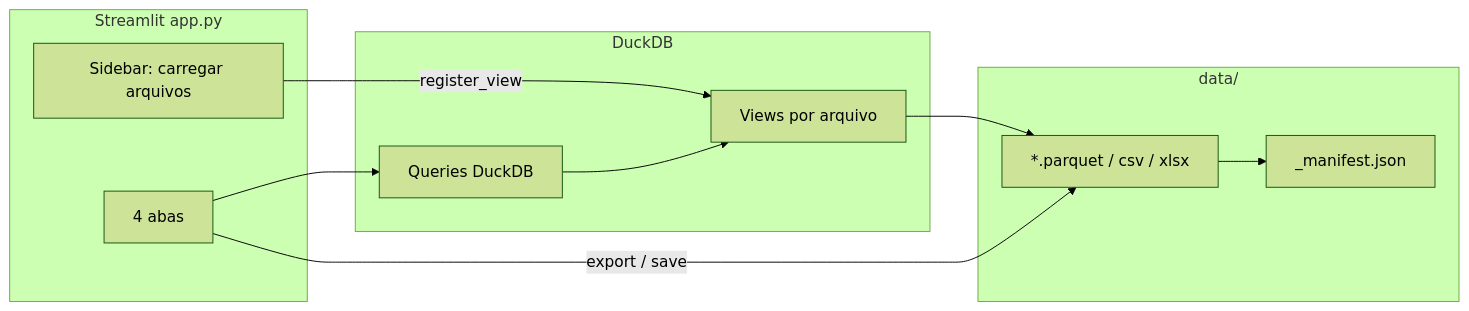
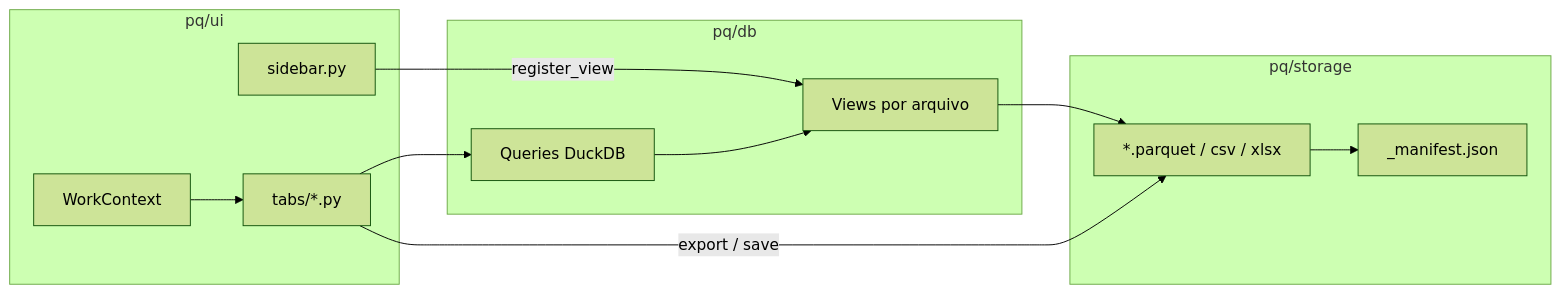
One commit to GuilhermeRoesler/ParquetQuery changed the diagram in LIVING_SPEC.md. Above: the diagram before and after it, drawn with Mermaid (forest theme). The commit also changed other lines of this file and 44 other files, not shown here.

````diff
--- a/LIVING_SPEC.md
+++ b/LIVING_SPEC.md
@@ -68,21 +86,23 @@
 ```mermaid
 flowchart LR
-    subgraph UI [Streamlit app.py]
-        Sidebar[Sidebar: carregar arquivos]
-        Tabs[4 abas]
+    subgraph UI [pq/ui]
+        Sidebar[sidebar.py]
+        Tabs[tabs/*.py]
+        Ctx[WorkContext]
     end
-    subgraph Engine [DuckDB]
+    subgraph Engine [pq/db]
         Views[Views por arquivo]
         SQL[Queries DuckDB]
     end
-    subgraph Storage [data/]
+    subgraph Storage [pq/storage]
         Parquet[*.parquet / csv / xlsx]
         Manifest[_manifest.json]
     end
     Sidebar -->|register_view| Views
     Tabs --> SQL
     SQL --> Views
     Views --> Parquet
     Tabs -->|export / save| Parquet
     Parquet --> Manifest
+    Ctx --> Tabs
 ```
````
